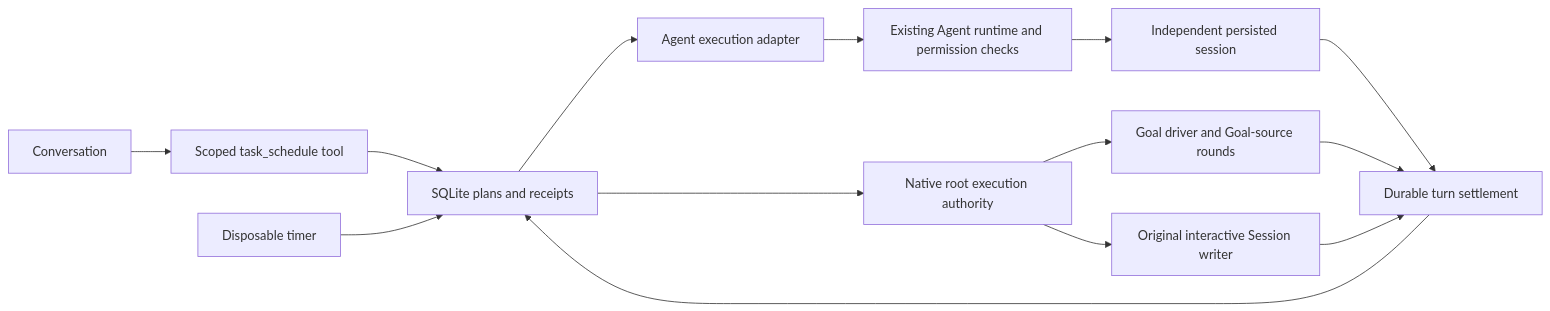
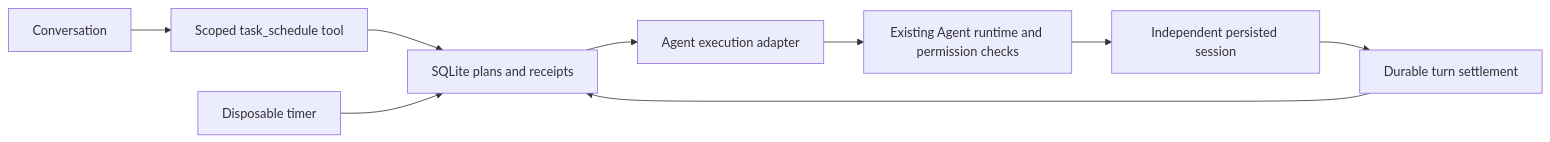
One commit to Little-Red-Cre-Org/RedSparkHarness changed the diagram in rsh/Modules/Official/automation/task-scheduler/README.md. Above: the diagram before and after it, drawn with Mermaid. The commit also changed other lines of this file and 4768 other files, not shown here.

````diff
--- a/rsh/Modules/Official/automation/task-scheduler/README.md
+++ b/rsh/Modules/Official/automation/task-scheduler/README.md
@@ -96,16 +90,11 @@
 ```mermaid
 flowchart LR
   User[Conversation] --> Tool[Scoped task_schedule tool]
   Tool --> Store[SQLite plans and receipts]
   Timer[Disposable timer] --> Store
   Store --> Adapter[Agent execution adapter]
   Adapter --> Runtime[Existing Agent runtime and permission checks]
   Runtime --> Session[Independent persisted session]
   Session --> Receipt[Durable turn settlement]
   Receipt --> Store
-  Store --> Root[Native root execution authority]
-  Root --> Goal[Goal driver and Goal-source rounds]
-  Root --> Reminder[Original interactive Session writer]
-  Goal --> Receipt
-  Reminder --> Receipt
 ```
````
